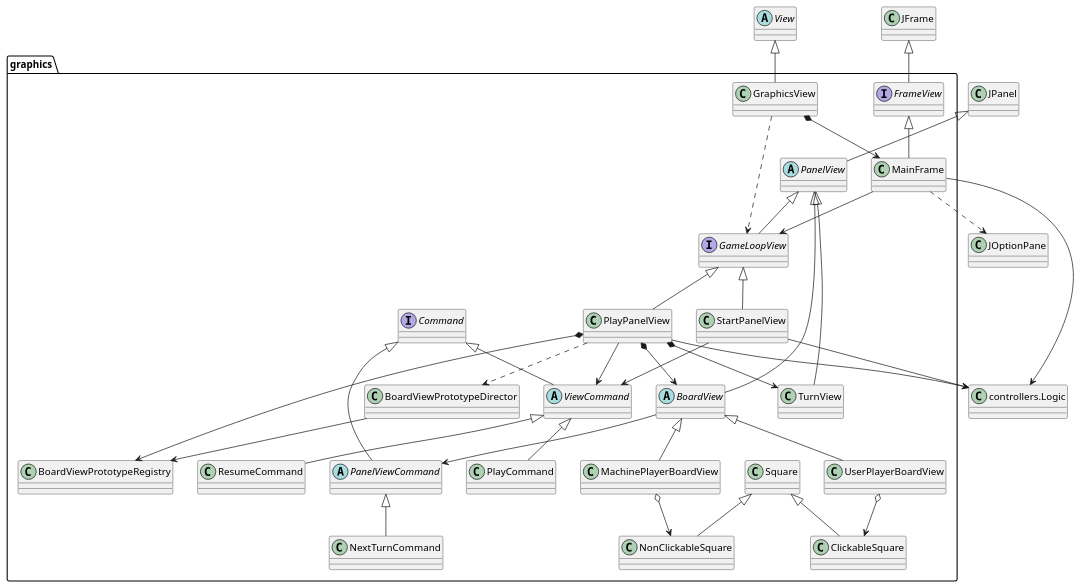
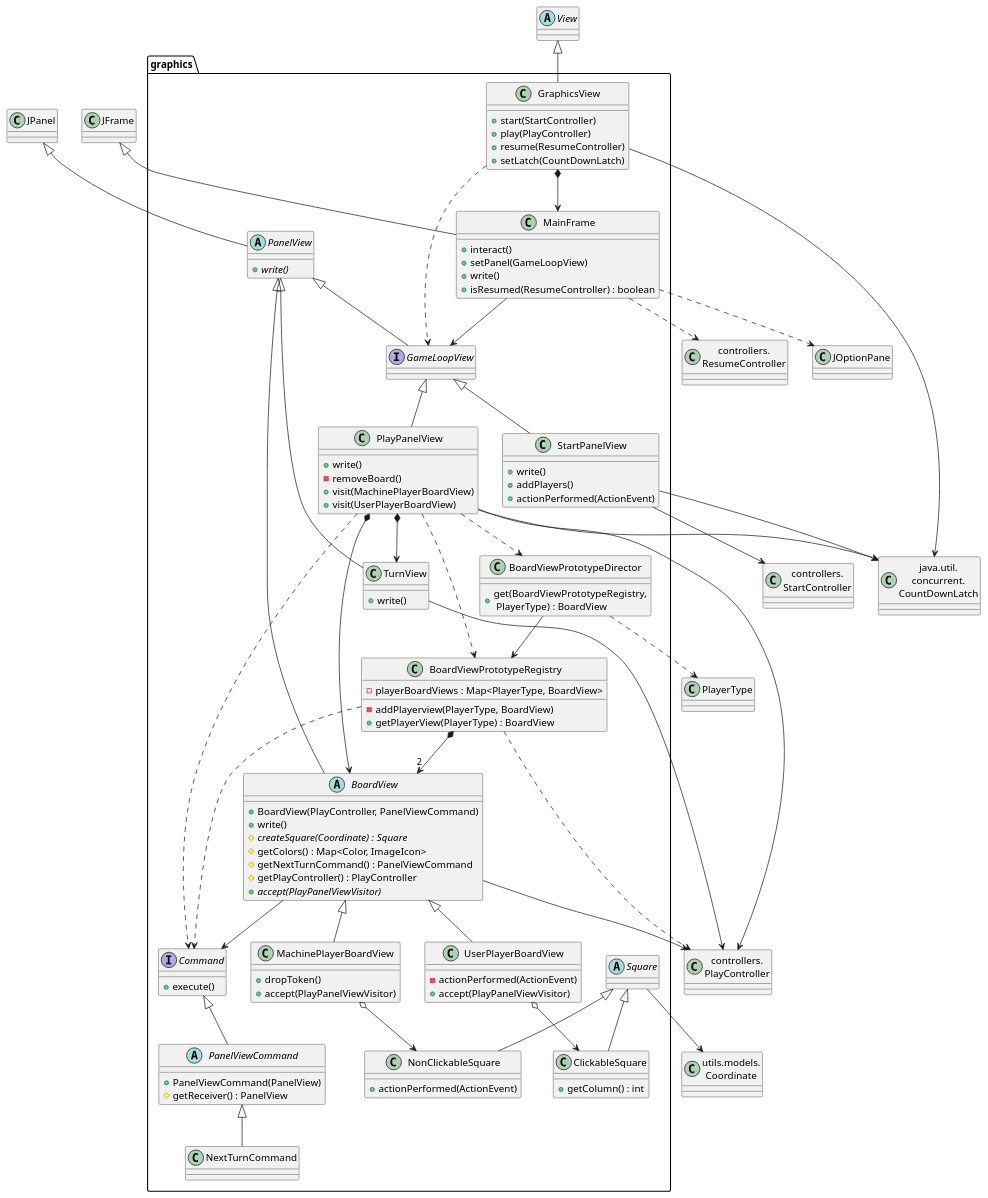
One commit to js-rom/connect4 changed the diagram in connect4/Docs/diagrams/src/packages/connect4.connect4.views.graphics.plantuml. Above: the diagram before and after it, drawn with PlantUML. The commit also changed 1 other file, not shown here.

```diff
--- a/connect4/Docs/diagrams/src/packages/connect4.connect4.views.graphics.plantuml
+++ b/connect4/Docs/diagrams/src/packages/connect4.connect4.views.graphics.plantuml
@@ -1,83 +1,139 @@
 @startuml connect4.connect4.views.graphics
-interface graphics.FrameView
-class graphics.MainFrame
+class graphics.GraphicsView {
+    +start(StartController)
+    +play(PlayController)
+    +resume(ResumeController)
+    +setLatch(CountDownLatch)
+}
+
+class CountDownLatch as "java.util.\nconcurrent.\nCountDownLatch"
+class graphics.MainFrame{
+     +interact()
+    +setPanel(GameLoopView)
+    +write()
+    +isResumed(ResumeController) : boolean
+}
+abstract class graphics.PanelView {
+    + {abstract} write()
+}
 interface graphics.GameLoopView
-abstract class graphics.BoardView
-class graphics.BoardViewPrototypeDirector
-class graphics.BoardViewPrototypeRegistry
-interface graphics.Command
-abstract class graphics.PanelViewCommand
-abstract class graphics.ViewCommand
-class graphics.GraphicsView
-class graphics.MachinePlayerBoardView
+class graphics.StartPanelView {
+    +write()
+    +addPlayers()
+    +actionPerformed(ActionEvent)
+}
+
+class graphics.PlayPanelView{
+    +write()
+    -removeBoard()
+    +visit(MachinePlayerBoardView)
+    +visit(UserPlayerBoardView)
+}
+abstract class graphics.BoardView {
+    + BoardView(PlayController, PanelViewCommand)
+    + write()
+    #  {abstract}  createSquare(Coordinate) : Square
+    # getColors() : Map<Color, ImageIcon>
+    # getNextTurnCommand() : PanelViewCommand
+    # getPlayController() : PlayController
+    +  {abstract}  accept(PlayPanelViewVisitor)
+}
+class graphics.BoardViewPrototypeDirector{
+    +get(BoardViewPrototypeRegistry,\n PlayerType) : BoardView
+}
+class graphics.BoardViewPrototypeRegistry{
+    -playerBoardViews : Map<PlayerType, BoardView> 
+    -addPlayerview(PlayerType, BoardView)
+    +getPlayerView(PlayerType) : BoardView
+}
+interface graphics.Command {
+    +execute()
+}
+abstract class graphics.PanelViewCommand {
+    +PanelViewCommand(PanelView)
+    #getReceiver() : PanelView
+}
+class graphics.MachinePlayerBoardView {
+    +dropToken()
+    +accept(PlayPanelViewVisitor)
+}
+class graphics.UserPlayerBoardView{
+    -actionPerformed(ActionEvent)
+    +accept(PlayPanelViewVisitor)
+}
+
 class graphics.NextTurnCommand
-class graphics.PlayCommand
-class graphics.PlayPanelView
-class graphics.ResumeCommand
-class graphics.Square
-class graphics.ClickableSquare
-class graphics.NonClickableSquare
-class graphics.StartPanelView
-class graphics.TurnView
-class graphics.UserPlayerBoardView
+abstract class graphics.Square
+class graphics.ClickableSquare {
+    + getColumn() : int
+}
+class graphics.NonClickableSquare {
+    + actionPerformed(ActionEvent)
+}
+class graphics.TurnView{
+    +write()
+}
 abstract class graphics.PanelView
+class StartController as "controllers.\nStartController"
+class PlayController as "controllers.\nPlayController"
+class ResumeController as "controllers.\nResumeController"
+class Coordinate as "utils.models.\nCoordinate"
 
 
+GraphicsView --> CountDownLatch
 class JFrame
-JFrame <|-- FrameView
-FrameView <|-- MainFrame
+JFrame <|-- MainFrame
 GraphicsView *--> MainFrame
 
-class Logic as "controllers.Logic"
-MainFrame --> Logic
 
-class Logic as "controllers.\nLogic"
-
-StartPanelView --> Logic
-
-class Logic as "controllers.\nLogic"
-
-PlayPanelView --> Logic
+StartPanelView --> StartController
+StartPanelView --> CountDownLatch
+PlayPanelView --> PlayController
+PlayPanelView --> CountDownLatch
+BoardView --> PlayController
+TurnView --> PlayController
+MainFrame ..> ResumeController
 
 abstract class View
 View <|-- GraphicsView
 
 class JOptionPane
 MainFrame ..> JOptionPane
 
 JPanel <|-- PanelView
 PanelView <|-- GameLoopView
 GameLoopView <|-- StartPanelView
 GameLoopView <|-- PlayPanelView
 PanelView <|-- BoardView
 PanelView <|-- TurnView
 
 GraphicsView ..> GameLoopView
 MainFrame --> GameLoopView
 
 PlayPanelView *--> BoardView
 PlayPanelView *--> TurnView
-PlayPanelView *--> BoardViewPrototypeRegistry
+PlayPanelView ..> BoardViewPrototypeRegistry
 PlayPanelView ..> BoardViewPrototypeDirector
 BoardViewPrototypeDirector --> BoardViewPrototypeRegistry
+BoardViewPrototypeDirector ..> PlayerType
+BoardViewPrototypeRegistry ..> PlayController
+BoardViewPrototypeRegistry ..> Command
+BoardViewPrototypeRegistry *--> "2"BoardView
 
-StartPanelView --> ViewCommand
-PlayPanelView --> ViewCommand
+
+PlayPanelView ..> Command
 
 Command <|-- PanelViewCommand
 PanelViewCommand <|-- NextTurnCommand
-Command <|-- ViewCommand
-ViewCommand <|-- PlayCommand
-ViewCommand <|-- ResumeCommand
 
 
 BoardView <|-- MachinePlayerBoardView
 BoardView <|-- UserPlayerBoardView
 MachinePlayerBoardView o--> NonClickableSquare
 UserPlayerBoardView o--> ClickableSquare
 Square <|-- ClickableSquare
 Square <|-- NonClickableSquare
+BoardView --> Command
 
-BoardView --> PanelViewCommand
-
+Square --> Coordinate
 @enduml
```
